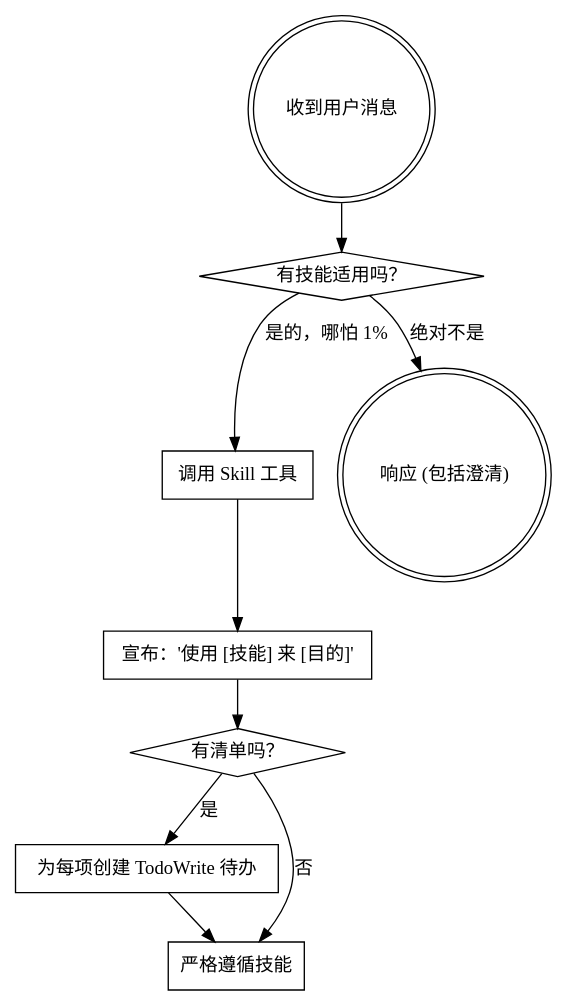
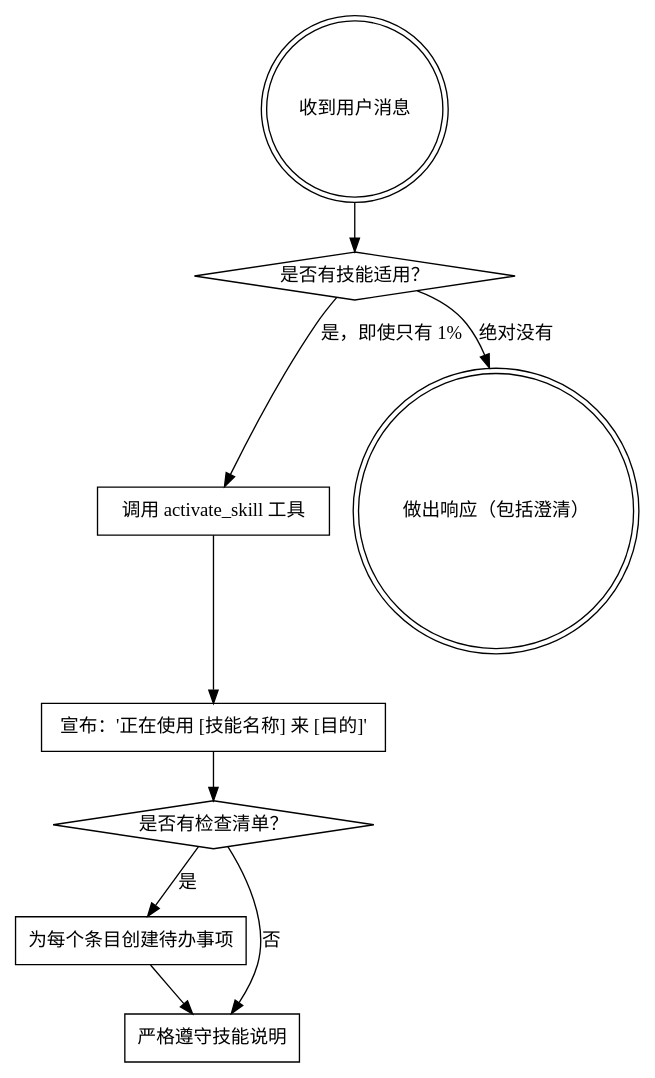
The diagram in skills/using-superpowers/SKILL.md (joeLin2025/superpowers-zh), drawn with Graphviz before and after one commit. The commit also changed other lines of this file and 111 other files, not shown here.

````diff
--- a/skills/using-superpowers/SKILL.md
+++ b/skills/using-superpowers/SKILL.md
@@ -28,21 +48,21 @@
 ```dot
 digraph skill_flow {
-    "User message received" [shape=doublecircle, label="收到用户消息"];
-    "Might any skill apply?" [shape=diamond, label="有技能适用吗？"];
-    "Invoke Skill tool" [shape=box, label="调用 Skill 工具"];
-    "Announce: 'Using [skill] to [purpose]'" [shape=box, label="宣布：'使用 [技能] 来 [目的]'"];
-    "Has checklist?" [shape=diamond, label="有清单吗？"];
-    "Create TodoWrite todo per item" [shape=box, label="为每项创建 TodoWrite 待办"];
-    "Follow skill exactly" [shape=box, label="严格遵循技能"];
-    "Respond (including clarifications)" [shape=doublecircle, label="响应 (包括澄清)"];
+    "收到用户消息" [shape=doublecircle];
+    "是否有技能适用？" [shape=diamond];
+    "调用 activate_skill 工具" [shape=box];
+    "宣布：'正在使用 [技能名称] 来 [目的]'" [shape=box];
+    "是否有检查清单？" [shape=diamond];
+    "为每个条目创建待办事项" [shape=box];
+    "严格遵守技能说明" [shape=box];
+    "做出响应（包括澄清）" [shape=doublecircle];
 
-    "User message received" -> "Might any skill apply?";
-    "Might any skill apply?" -> "Invoke Skill tool" [label="是的，哪怕 1%"];
-    "Might any skill apply?" -> "Respond (including clarifications)" [label="绝对不是"];
-    "Invoke Skill tool" -> "Announce: 'Using [skill] to [purpose]'";
-    "Announce: 'Using [skill] to [purpose]'" -> "Has checklist?";
-    "Has checklist?" -> "Create TodoWrite todo per item" [label="是"];
-    "Has checklist?" -> "Follow skill exactly" [label="否"];
-    "Create TodoWrite todo per item" -> "Follow skill exactly";
+    "收到用户消息" -> "是否有技能适用？";
+    "是否有技能适用？" -> "调用 activate_skill 工具" [label="是，即使只有 1%"];
+    "是否有技能适用？" -> "做出响应（包括澄清）" [label="绝对没有"];
+    "调用 activate_skill 工具" -> "宣布：'正在使用 [技能名称] 来 [目的]'";
+    "宣布：'正在使用 [技能名称] 来 [目的]'" -> "是否有检查清单？";
+    "是否有检查清单？" -> "为每个条目创建待办事项" [label="是"];
+    "是否有检查清单？" -> "严格遵守技能说明" [label="否"];
+    "为每个条目创建待办事项" -> "严格遵守技能说明";
 }
 ```
````
